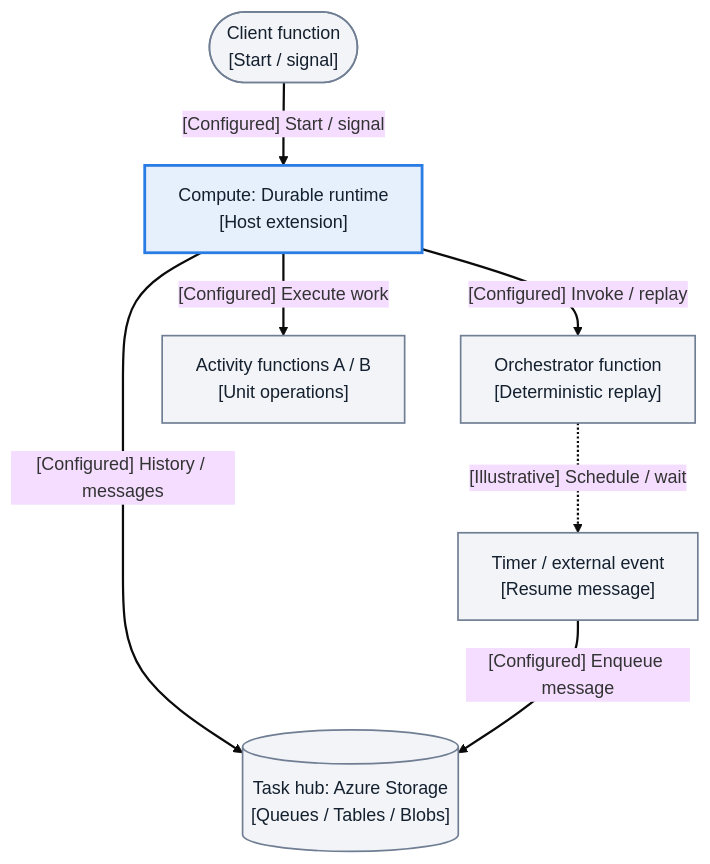
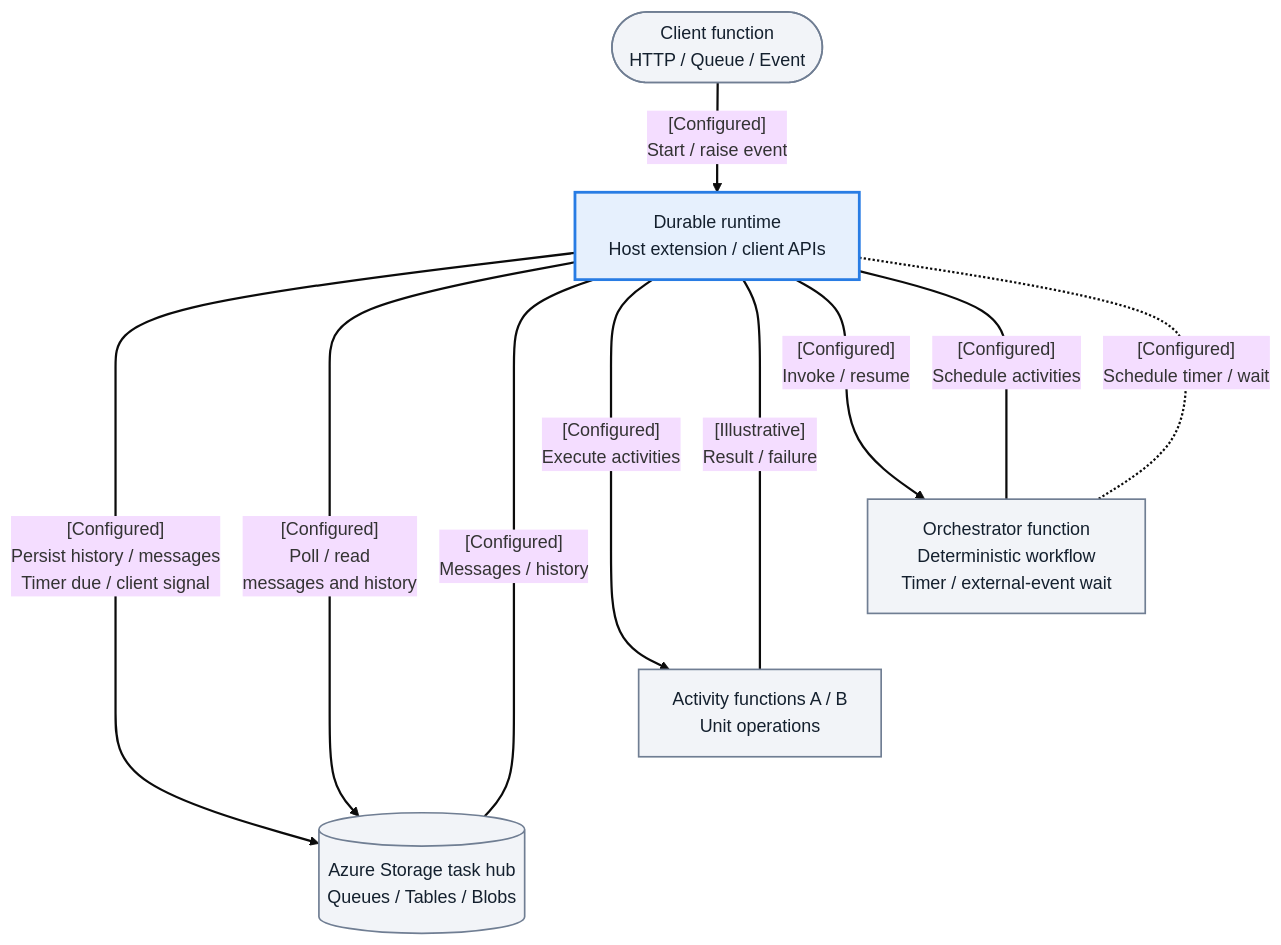
The eighth of 8 diagrams in docs/platform/architecture/index.md (yeongseon/azure-functions-practical-guide), drawn with Mermaid (base theme) before and after one commit. The commit also changed other lines of this file, not shown here.

First line of the commit message:
docs(diagrams): repair Durable resumption and regional hierarchy

````diff
--- a/docs/platform/architecture/index.md
+++ b/docs/platform/architecture/index.md
@@ -615,22 +630,27 @@
 ```mermaid
 flowchart TD
     accTitle: How does Durable Functions persist and resume work?
-    accDescr: Azure Storage provider slice. The Durable extension coordinates client starts, orchestrator replay, activities and timer or external-event messages through a task hub containing queues, tables and blobs. Function roles are logical, not independent Azure services.
-    client(["Client function<br/>[Start / signal]"])
-    app_runtime["Compute: Durable runtime<br/>[Host extension]"]
-    orchestrator["Orchestrator function<br/>[Deterministic replay]"]
-    activity["Activity functions A / B<br/>[Unit operations]"]
-    storage_db[("Task hub: Azure Storage<br/>[Queues / Tables / Blobs]")]
-    wait_event["Timer / external event<br/>[Resume message]"]
-    client -->|"[Configured] Start / signal"| app_runtime
-    app_runtime -->|"[Configured] Invoke / replay"| orchestrator
-    app_runtime -->|"[Configured] Execute work"| activity
-    app_runtime -->|"[Configured] History / messages"| storage_db
-    orchestrator -.->|"[Illustrative] Schedule / wait"| wait_event
-    wait_event -->|"[Configured] Enqueue message"| storage_db
+    accDescr: Generic HTTP, queue or event client starts or signals orchestration through Durable APIs. Orchestrator code schedules activities and timers through the runtime and waits for external events. For the Azure Storage provider the runtime persists messages/history and polls the task hub, then resumes orchestration; a waiting object never sends its own signal.
+    client(["Client function<br/>HTTP / Queue / Event"])
+    app_runtime["Durable runtime<br/>Host extension / client APIs"]
+    orchestrator["Orchestrator function<br/>Deterministic workflow<br/>Timer / external-event wait"]
+    activity["Activity functions A / B<br/>Unit operations"]
+    storage_db[("Azure Storage task hub<br/>Queues / Tables / Blobs")]
+    client -->|"[Configured]<br/>Start / raise event"| app_runtime
+    app_runtime -->|"[Configured]<br/>Invoke / resume"| orchestrator
+    app_runtime <---|"[Configured]<br/>Schedule activities"| orchestrator
+    app_runtime <-.-|"[Configured]<br/>Schedule timer / wait"| orchestrator
+    app_runtime -->|"[Configured]<br/>Execute activities"| activity
+    app_runtime <---|"[Illustrative]<br/>Result / failure"| activity
+    app_runtime -->|"[Configured]<br/>Persist history / messages<br/>Timer due / client signal"| storage_db
+    app_runtime -->|"[Configured]<br/>Poll / read<br/>messages and history"| storage_db
+    app_runtime <---|"[Configured]<br/>Messages / history"| storage_db
+    %% Layout-only anchors add no workflow steps or transport relationships.
+    orchestrator ~~~ activity
+    activity ~~~ storage_db
     classDef baseNeutral fill:#f2f4f8,stroke:#707e93,stroke-width:1.5px,color:#14202e;
     classDef focusActive fill:#e6f0fd,stroke:#287ce4,stroke-width:2.5px,color:#14202e;
-    class client,orchestrator,activity,storage_db,wait_event baseNeutral;
+    class client,orchestrator,activity,storage_db baseNeutral;
     class app_runtime focusActive;
     linkStyle default stroke-width:2px;
 ```
````
